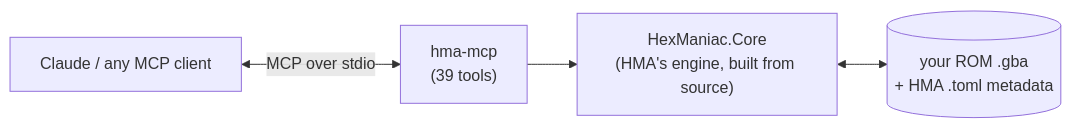
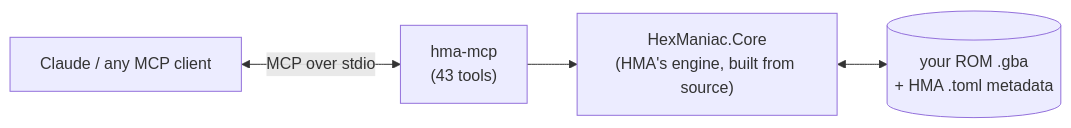
The diagram in README.md (dewayneku/hma-mcp), drawn with Mermaid before and after one commit. The commit also changed other lines of this file and 6 other files, not shown here.

````diff
--- a/README.md
+++ b/README.md
@@ -147,6 +148,6 @@
 ```mermaid
 flowchart LR
-    A["Claude / any MCP client"] <-- "MCP over stdio" --> B["hma-mcp<br/>(39 tools)"]
+    A["Claude / any MCP client"] <-- "MCP over stdio" --> B["hma-mcp<br/>(43 tools)"]
     B --> C["HexManiac.Core<br/>(HMA's engine, built from source)"]
     C <--> D[("your ROM .gba<br/>+ HMA .toml metadata")]
 ```
````
